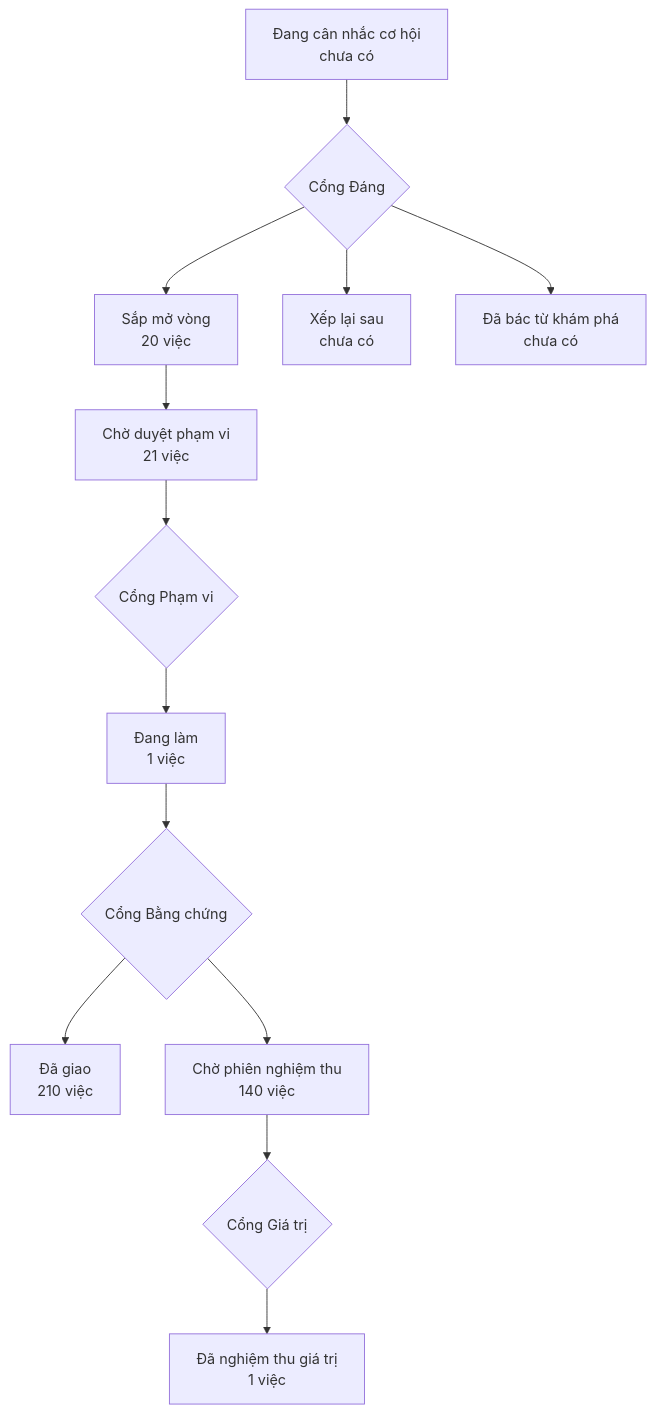
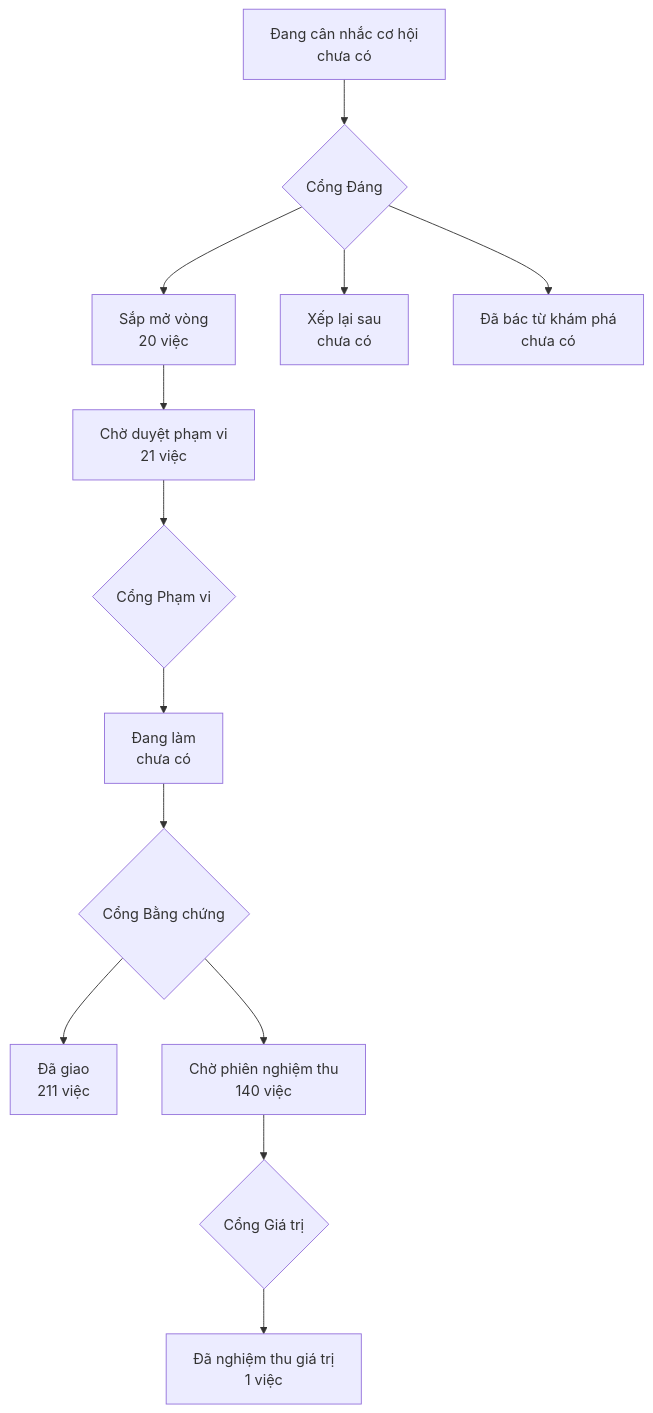
One commit to phanlemanh/onehub-invest changed the diagram in PRODUCT-MAP.md. Above: the diagram before and after it, drawn with Mermaid. The commit also changed other lines of this file and 6 other files, not shown here.

````diff
--- a/PRODUCT-MAP.md
+++ b/PRODUCT-MAP.md
@@ -7,12 +7,12 @@
 ```mermaid
 flowchart TD
   A["Đang cân nhắc cơ hội<br/>chưa có"] --> GD{"Cổng Đáng"}
   GD --> B["Sắp mở vòng<br/>20 việc"]
   GD --> XL["Xếp lại sau<br/>chưa có"]
   GD --> DB["Đã bác từ khám phá<br/>chưa có"]
   B --> CD["Chờ duyệt phạm vi<br/>21 việc"] --> GP{"Cổng Phạm vi"}
-  GP --> DL["Đang làm<br/>1 việc"] --> GB{"Cổng Bằng chứng"}
-  GB --> DG["Đã giao<br/>210 việc"]
+  GP --> DL["Đang làm<br/>chưa có"] --> GB{"Cổng Bằng chứng"}
+  GB --> DG["Đã giao<br/>211 việc"]
   GB --> CN["Chờ phiên nghiệm thu<br/>140 việc"] --> GG{"Cổng Giá trị"}
   GG --> NT["Đã nghiệm thu giá trị<br/>1 việc"]
 ```
````
